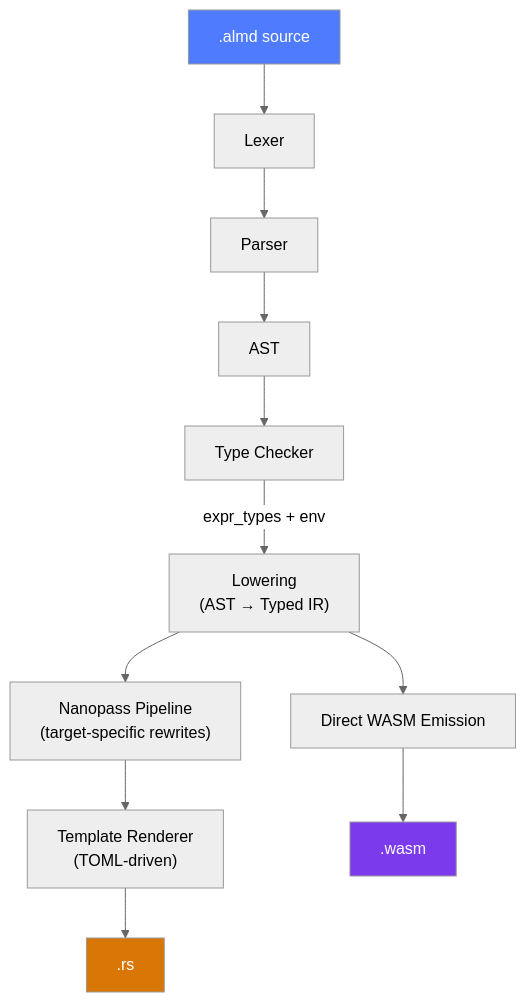
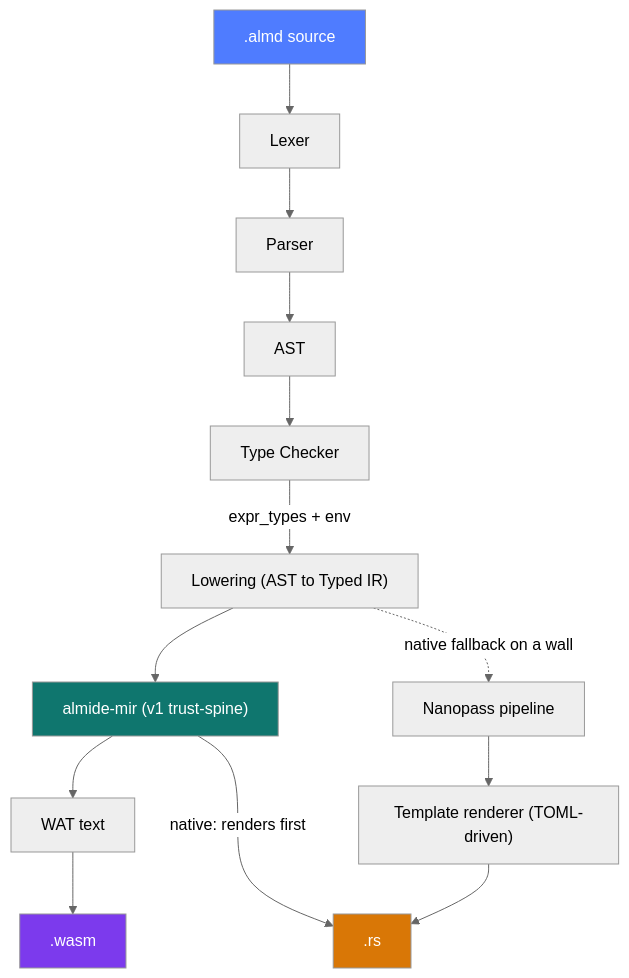
The second of 3 diagrams in src/content/docs/design/architecture.mdx (almide/docs), drawn with Mermaid (neutral theme) before and after one commit. The commit also changed other lines of this file and 2 other files, not shown here.

Commit message:
mermaid図をブラウザ自動翻訳から保護し、architecture を現状に更新(almide-mir、emit_wasm削除、行数/クレート数/パス数/診断数)

````diff
--- a/src/content/docs/design/architecture.mdx
+++ b/src/content/docs/design/architecture.mdx
@@ -45,17 +41,20 @@
 ```mermaid
 graph TD
   SRC[".almd source"] --> LEX["Lexer"]
   LEX --> PAR["Parser"]
   PAR --> AST["AST"]
   AST --> CHK["Type Checker"]
-  CHK -->|"expr_types + env"| LOW["Lowering\n(AST → Typed IR)"]
-  LOW --> NP["Nanopass Pipeline\n(target-specific rewrites)"]
-  LOW --> WD["Direct WASM Emission"]
-  NP --> TR["Template Renderer\n(TOML-driven)"]
-  TR --> OUT[".rs"]
-  WD --> WOUT[".wasm"]
+  CHK -->|"expr_types + env"| LOW["Lowering (AST to Typed IR)"]
+  LOW --> MIR["almide-mir (v1 trust-spine)"]
+  MIR --> WAT["WAT text"]
+  WAT --> WOUT[".wasm"]
+  MIR -->|"native: renders first"| OUT[".rs"]
+  LOW -.->|"native fallback on a wall"| NP["Nanopass pipeline"]
+  NP --> TR["Template renderer (TOML-driven)"]
+  TR --> OUT
 
   style SRC fill:#4f7cff,color:#fff
   style OUT fill:#d97706,color:#fff
   style WOUT fill:#7c3aed,color:#fff
+  style MIR fill:#0f766e,color:#fff
 ```
````
